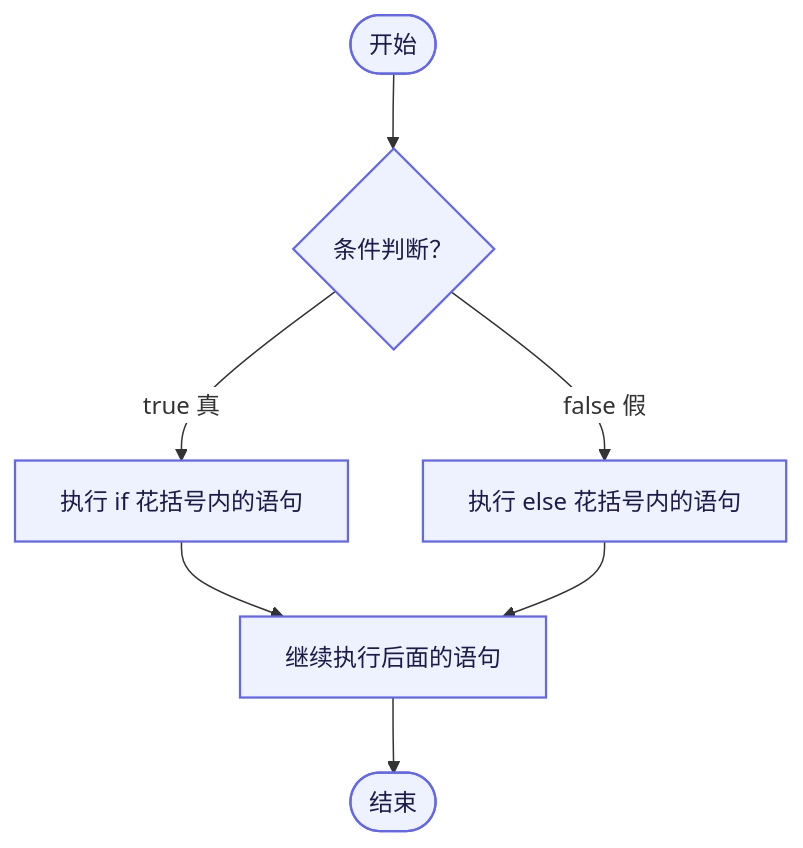
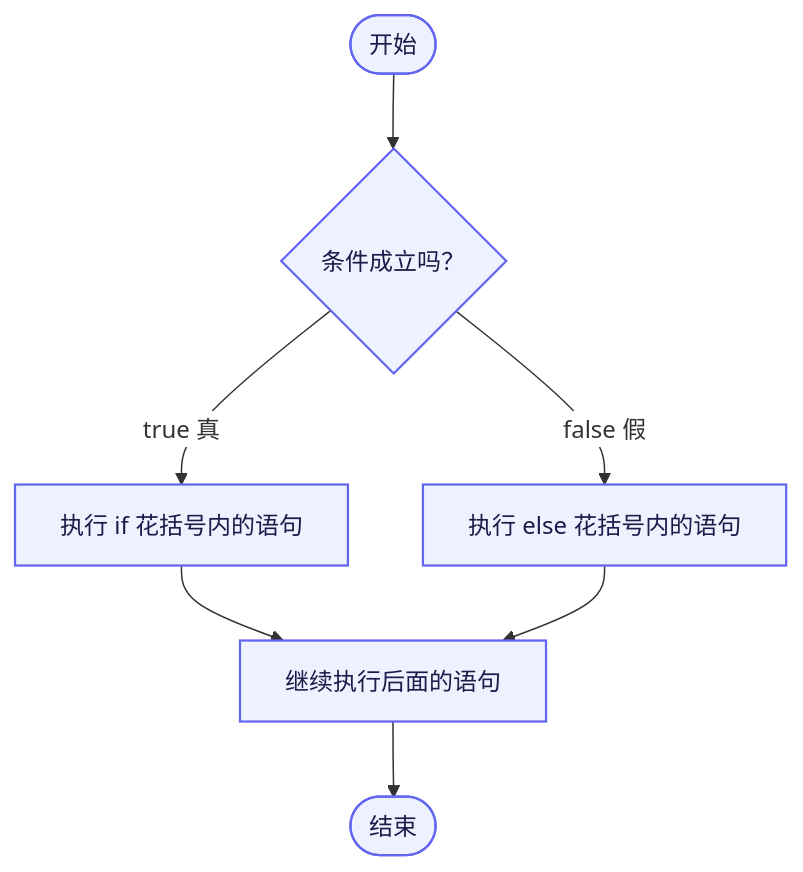
Before and after one commit to caozuoxitong-ren/oier-fans.github.io: the second of 3 diagrams in docs/信息学奥赛/C++语法基础/C1_03_分支语句与比较运算符.md, drawn with Mermaid. The commit also changed other lines of this file and 1 other file, not shown here.

Commit message:
设置流程图方框间距大小

````diff
--- a/docs/信息学奥赛/C++语法基础/C1_03_分支语句与比较运算符.md
+++ b/docs/信息学奥赛/C++语法基础/C1_03_分支语句与比较运算符.md
@@ -321,13 +321,13 @@
 ```mermaid
 %%{init: {"themeVariables": {"edgeLabelBackground": "#FFFFFF"}}}%%
 flowchart TD
-    A([开始]) --> B{条件判断？}
+    A([开始]) --> B{条件成立吗？}
     B -->|true 真| C[执行 if 花括号内的语句]
     B -->|false 假| D[执行 else 花括号内的语句]
     C --> E[继续执行后面的语句]
     D --> E
     E --> F([结束])
 
     classDef unified fill:#EEF2FF,stroke:#6366F1,color:#1E1B4B,stroke-width:1.5px;
     class A,B,C,D,E,F unified;
 ```
````
